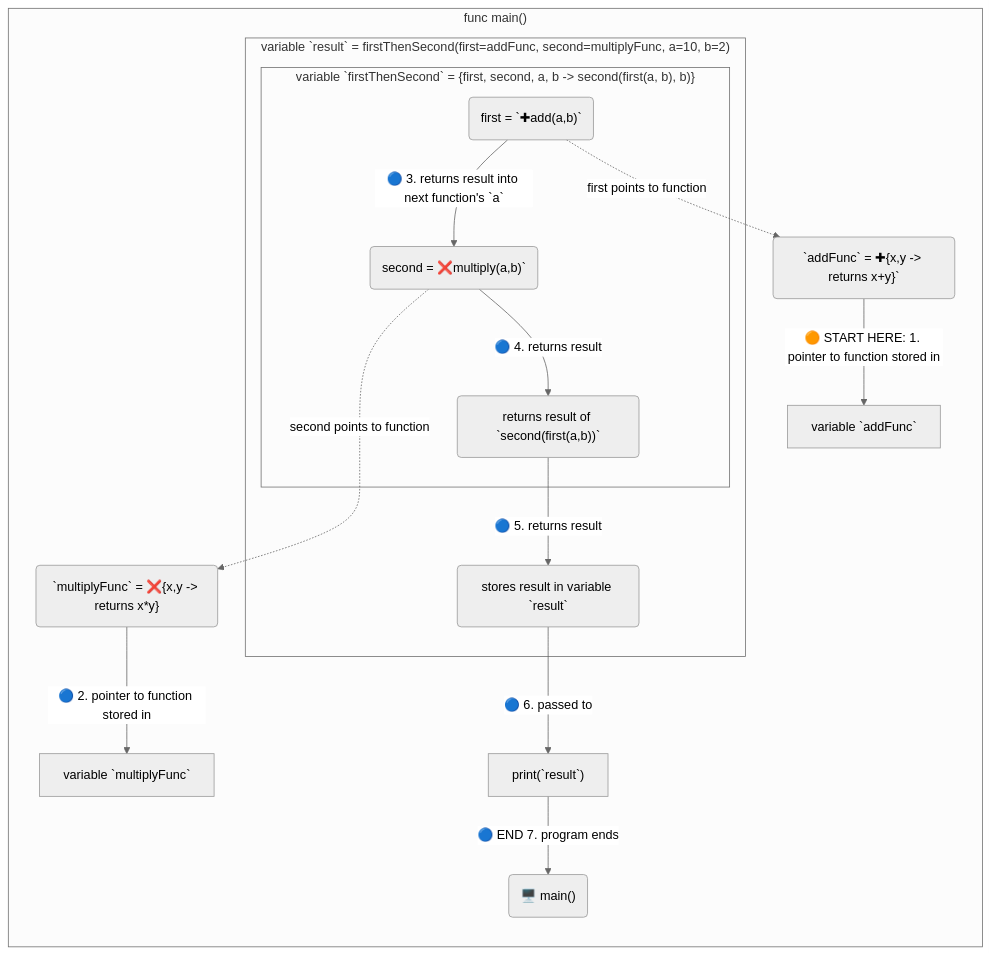
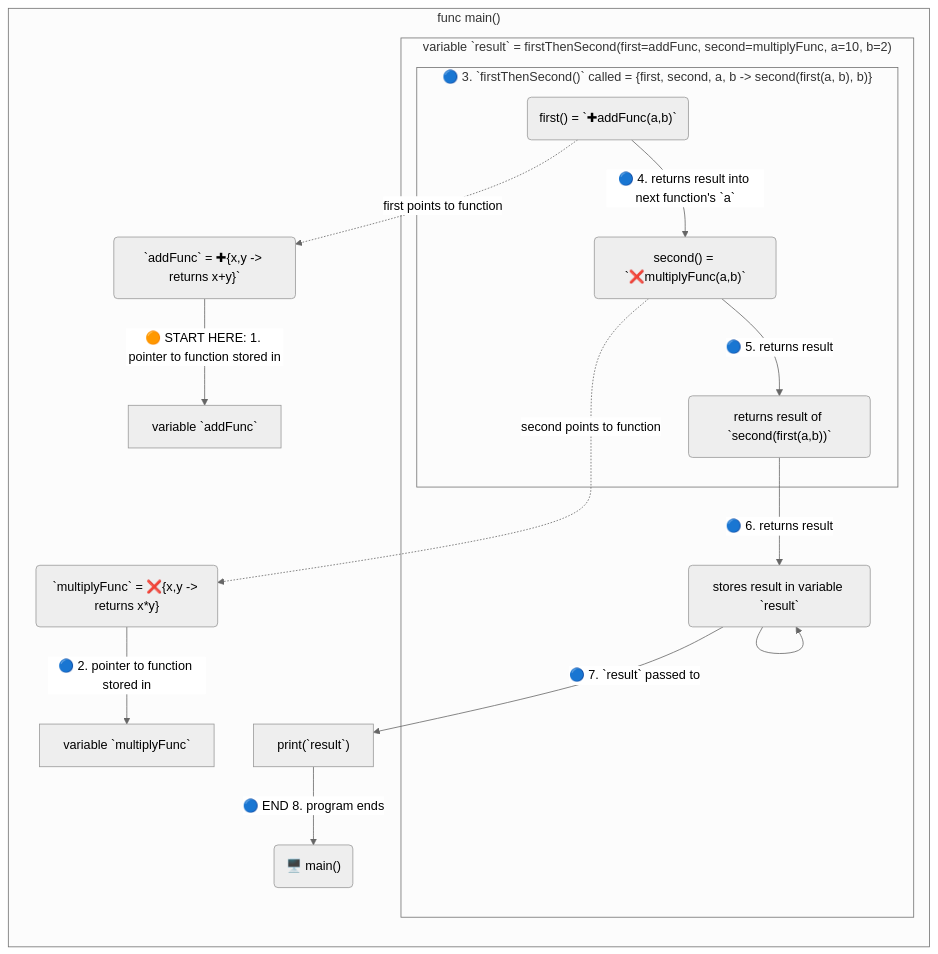
Before and after one commit to realityexpander/How_to_program_from_ground_up: the diagram in 11-FunctionalProgramming.md, drawn with Mermaid (neutral theme).

Commit message:
improve diagram

````diff
--- a/11-FunctionalProgramming.md
+++ b/11-FunctionalProgramming.md
@@ -42,22 +42,23 @@
 ```mermaid
  flowchart RL
  
- subgraph "func main()"
+ subgraph main["func main()"]
     addFn(" `addFunc` = ✚{x,y -> returns x+y}`") -->|🟠 START HERE: 1. pointer to function stored in| X["variable `addFunc`"]
     multiplyFn(" `multiplyFunc` = ❌{x,y -> returns x*y}") -->|🔵 2. pointer to function stored in| Y["variable `multiplyFunc`"]
     first -.->|first points to function| addFn
     second -..->|second points to function| multiplyFn
-    subgraph " variable `result` = firstThenSecond(first=addFunc, second=multiplyFunc, a=10, b=2)"
-       subgraph firstThenSecond[" variable `firstThenSecond` = {first, second, a, b -> second(first(a, b), b)}"]
-          first("first = `✚add(a,b)`")-->|🔵 3. returns result into next function's `a` | second
-          second("second = ❌multiply(a,b)`") -->|🔵 4. returns result| D
+    subgraph result[" variable `result` = firstThenSecond(first=addFunc, second=multiplyFunc, a=10, b=2)"]
+       subgraph firstThenSecond[" 🔵 3. `firstThenSecond()` called = {first, second, a, b -> second(first(a, b), b)}"]
+          first("first() = `✚addFunc(a,b)`")-->|🔵 4. returns result into next function's `a` | second
+          second("second() = `❌multiplyFunc(a,b)`") -->|🔵 5. returns result| D
        end
-       D("returns result of `second(first(a,b))`") -->|🔵 5. returns result| E
+       D("returns result of `second(first(a,b))`") -->|🔵 6. returns result| E
     end
-    E("stores result in variable `result`") -->|🔵 6. passed to| F
-    F["print(`result`)"] -->|🔵 END 7. program ends| G
+    E("stores result in variable `result`") -->|🔵 7. `result` passed to| F
+    E --> E
+    F["print(`result`)"] -->|🔵 END 8. program ends| G
  end
  G("🖥️ main()")
  
  
  ```
````
